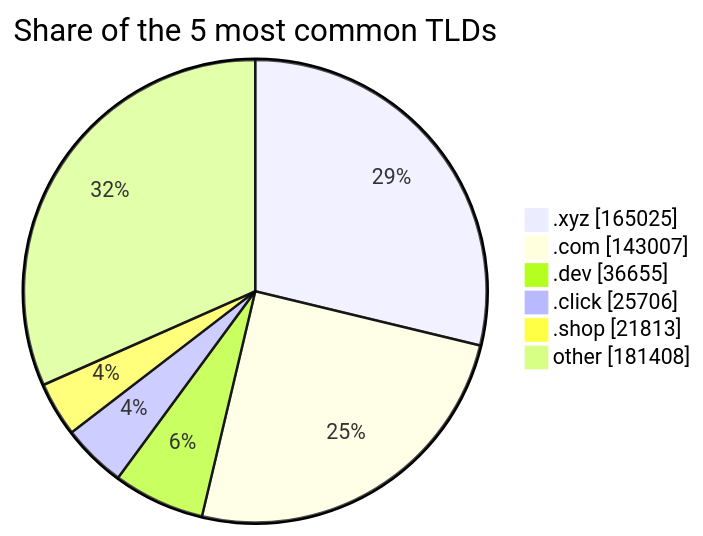
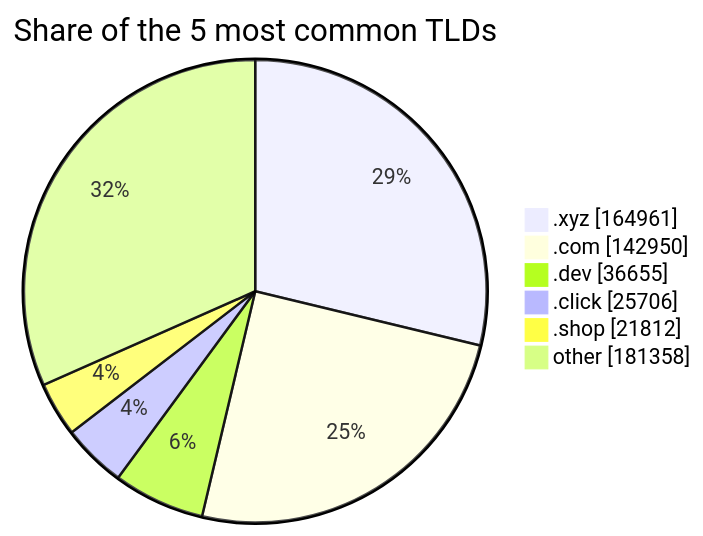
Before and after one commit to DNSBunker/CTI: the third of 3 diagrams in README.md, drawn with Mermaid. The commit also changed other lines of this file and 3 other files, not shown here.

````diff
--- a/README.md
+++ b/README.md
@@ -81,9 +81,9 @@
 ```mermaid
 pie showData title Share of the 5 most common TLDs
-    ".xyz" : 165025
-    ".com" : 143007
+    ".xyz" : 164961
+    ".com" : 142950
     ".dev" : 36655
     ".click" : 25706
-    ".shop" : 21813
-    "other" : 181408
+    ".shop" : 21812
+    "other" : 181358
 ```
````
